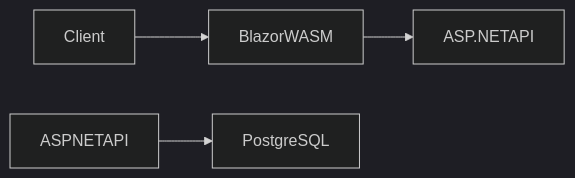
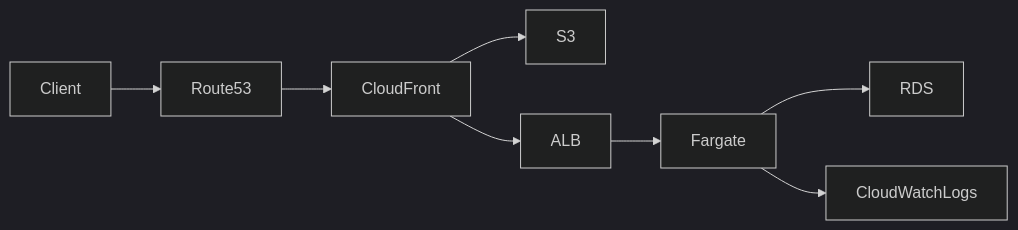
Before and after one commit to x29general/PlasticModelApp.Public: the first of 3 diagrams in README.md, drawn with Mermaid (dark theme). The commit also changed other lines of this file and 2 other files, not shown here.

````diff
--- a/README.md
+++ b/README.md
@@ -22,6 +28,10 @@
 ```mermaid
 flowchart LR
-    Client --> BlazorWASM
-    BlazorWASM --> ASP.NETAPI
-    ASPNETAPI --> PostgreSQL
+    Client --> Route53
+    Route53 --> CloudFront
+    CloudFront --> S3
+    CloudFront --> ALB
+    ALB --> Fargate
+    Fargate --> RDS
+    Fargate --> CloudWatchLogs
 ```
````
